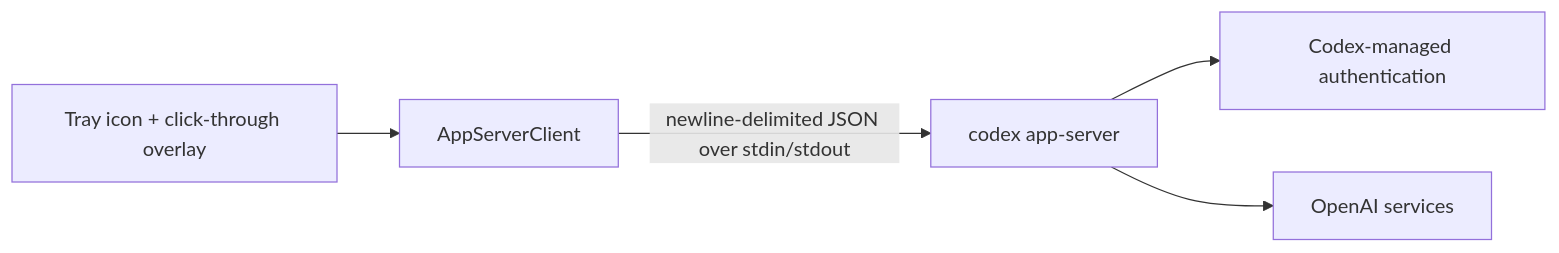
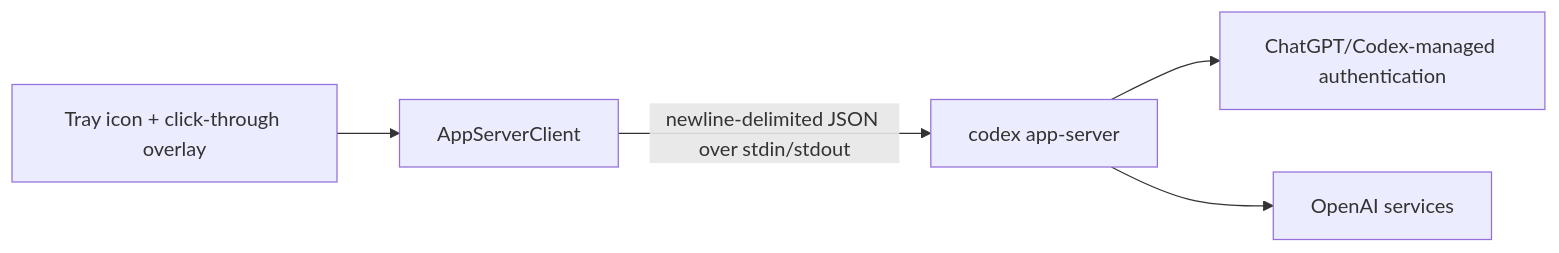
The diagram in README.md (D1NOOO/codex-usage-monitor), drawn with Mermaid before and after one commit. The commit also changed other lines of this file and 6 other files, not shown here.

Commit message:
Adapt monitor for ChatGPT desktop

````diff
--- a/README.md
+++ b/README.md
@@ -99,7 +128,7 @@
 ```mermaid
 flowchart LR
     UI["Tray icon + click-through overlay"] --> Client["AppServerClient"]
     Client -->|"newline-delimited JSON over stdin/stdout"| Server["codex app-server"]
-    Server --> Auth["Codex-managed authentication"]
+    Server --> Auth["ChatGPT/Codex-managed authentication"]
     Server --> API["OpenAI services"]
 ```
````
